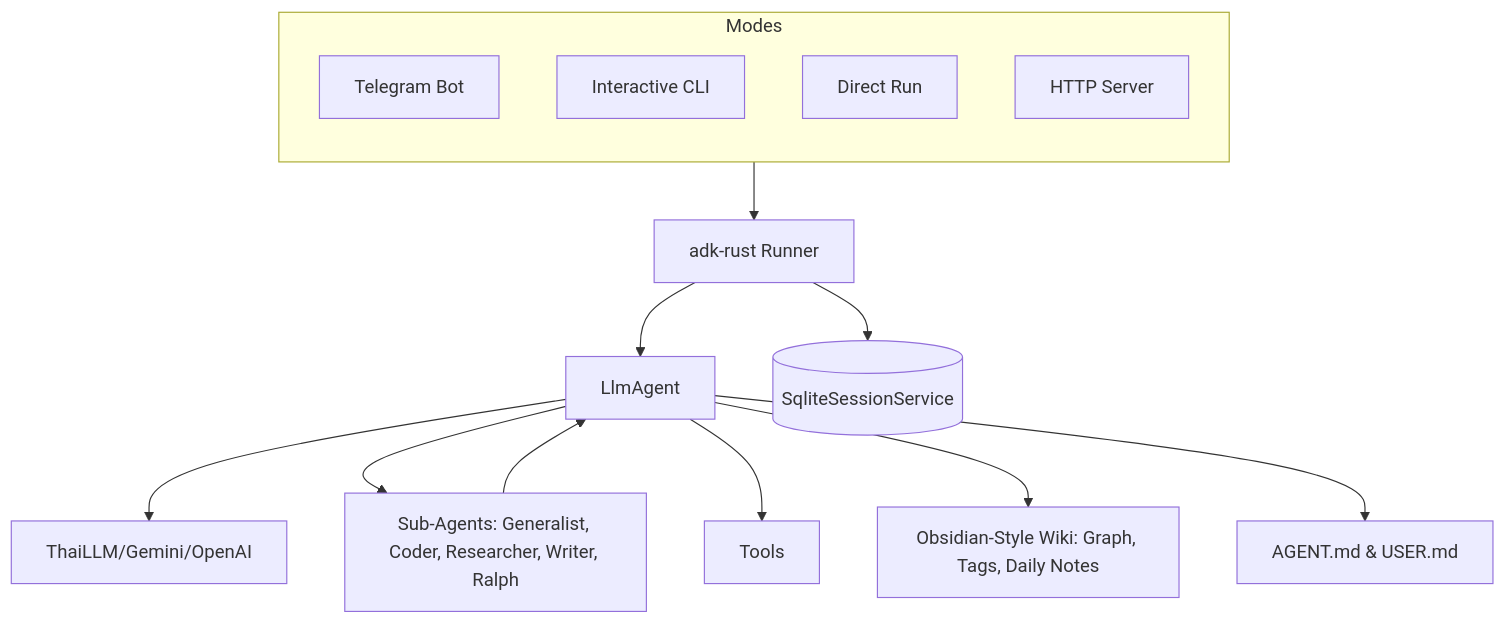
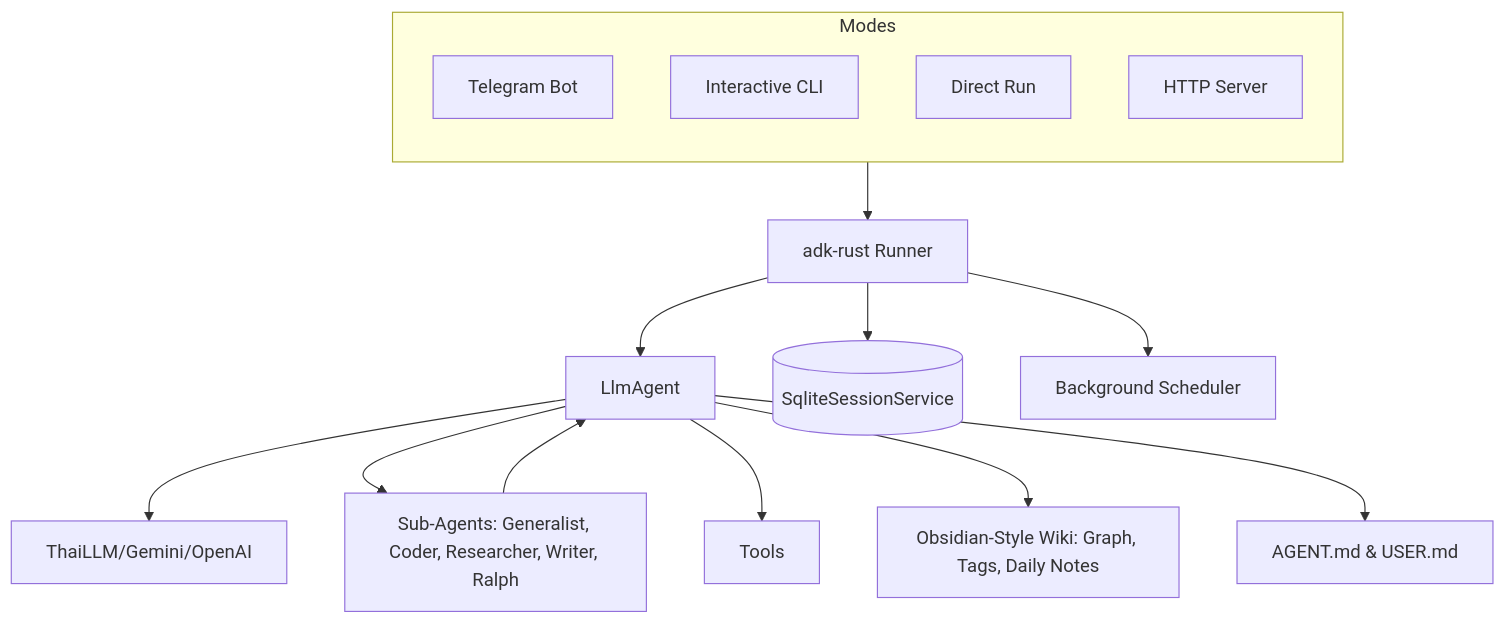
One commit to anoochit/nami-core changed the diagram in README.md. Above: the diagram before and after it, drawn with Mermaid. The commit also changed other lines of this file and 8 other files, not shown here.

````diff
--- a/README.md
+++ b/README.md
@@ -121,23 +123,24 @@
 ```mermaid
 graph TD
     subgraph EntryPoints [Modes]
         direction TB
         Bot[Telegram Bot]
         CLI[Interactive CLI]
         Run[Direct Run]
         Server[HTTP Server]
     end
 
     EntryPoints --> Runner[adk-rust Runner]
     
     Runner --> Agent[LlmAgent]
     Runner --> DB[(SqliteSessionService)]
+    Runner --> Scheduler[Background Scheduler]
     
     Agent --> LLM[ThaiLLM/Gemini/OpenAI]
     Agent --> SubAgents[Sub-Agents: Generalist, Coder, Researcher, Writer, Ralph]
     Agent --> Tools[Tools]
     Agent --> Wiki[Obsidian-Style Wiki: Graph, Tags, Daily Notes]
     Agent --> Persona[AGENT.md & USER.md]
     
     SubAgents --> Agent
 ```
````
